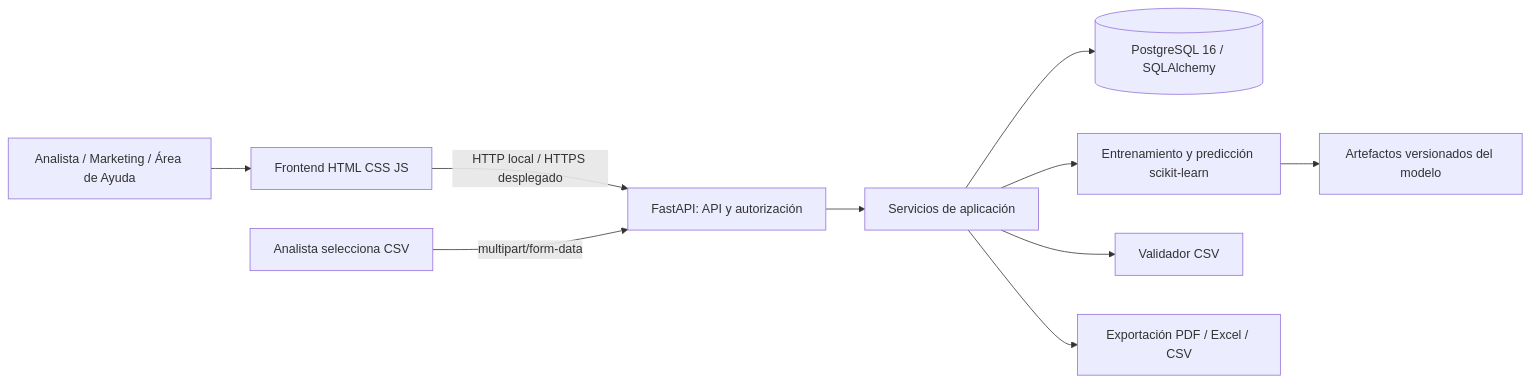
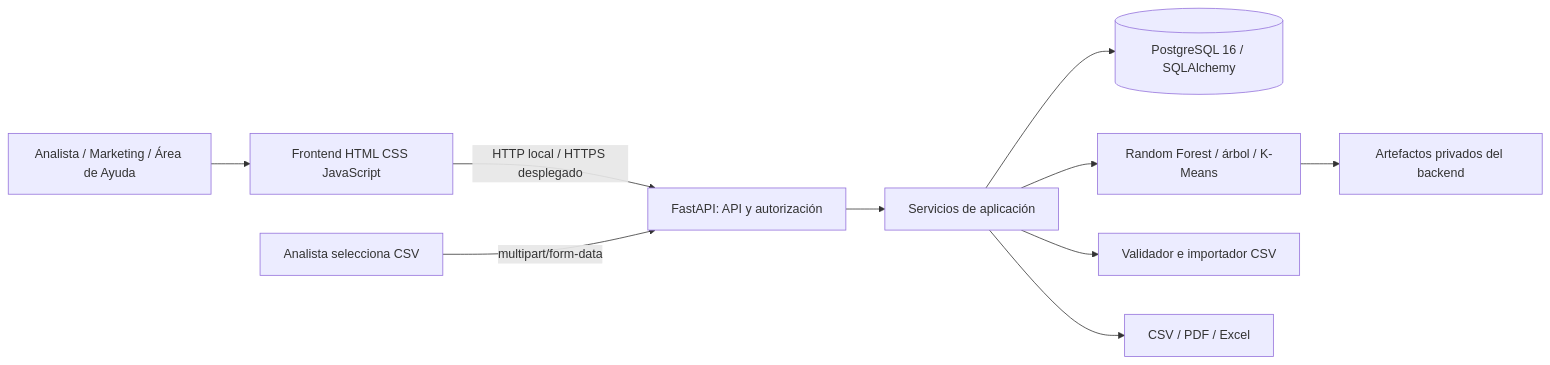
One commit to DiegoRMDev/Sistema_WUF_ML changed the diagram in docs/02-arquitectura.md. Above: the diagram before and after it, drawn with Mermaid. The commit also changed other lines of this file and 27 other files, not shown here.

````diff
--- a/docs/02-arquitectura.md
+++ b/docs/02-arquitectura.md
@@ -11,12 +13,12 @@
 ```mermaid
 flowchart LR
-  U[Analista / Marketing / Área de Ayuda] --> FE[Frontend HTML CSS JS]
+  U[Analista / Marketing / Área de Ayuda] --> FE[Frontend HTML CSS JavaScript]
   FE -->|HTTP local / HTTPS desplegado| API[FastAPI: API y autorización]
   API --> APP[Servicios de aplicación]
   APP --> DB[(PostgreSQL 16 / SQLAlchemy)]
-  APP --> ML[Entrenamiento y predicción scikit-learn]
-  ANALYST[Analista selecciona CSV] -->|multipart/form-data| API
-  APP --> SRC[Validador CSV]
-  APP --> EXP[Exportación PDF / Excel / CSV]
-  ML --> ART[Artefactos versionados del modelo]
+  APP --> ML[Random Forest / árbol / K-Means]
+  USER[Analista selecciona CSV] -->|multipart/form-data| API
+  APP --> SRC[Validador e importador CSV]
+  APP --> EXP[CSV / PDF / Excel]
+  ML --> ART[Artefactos privados del backend]
 ```
````
